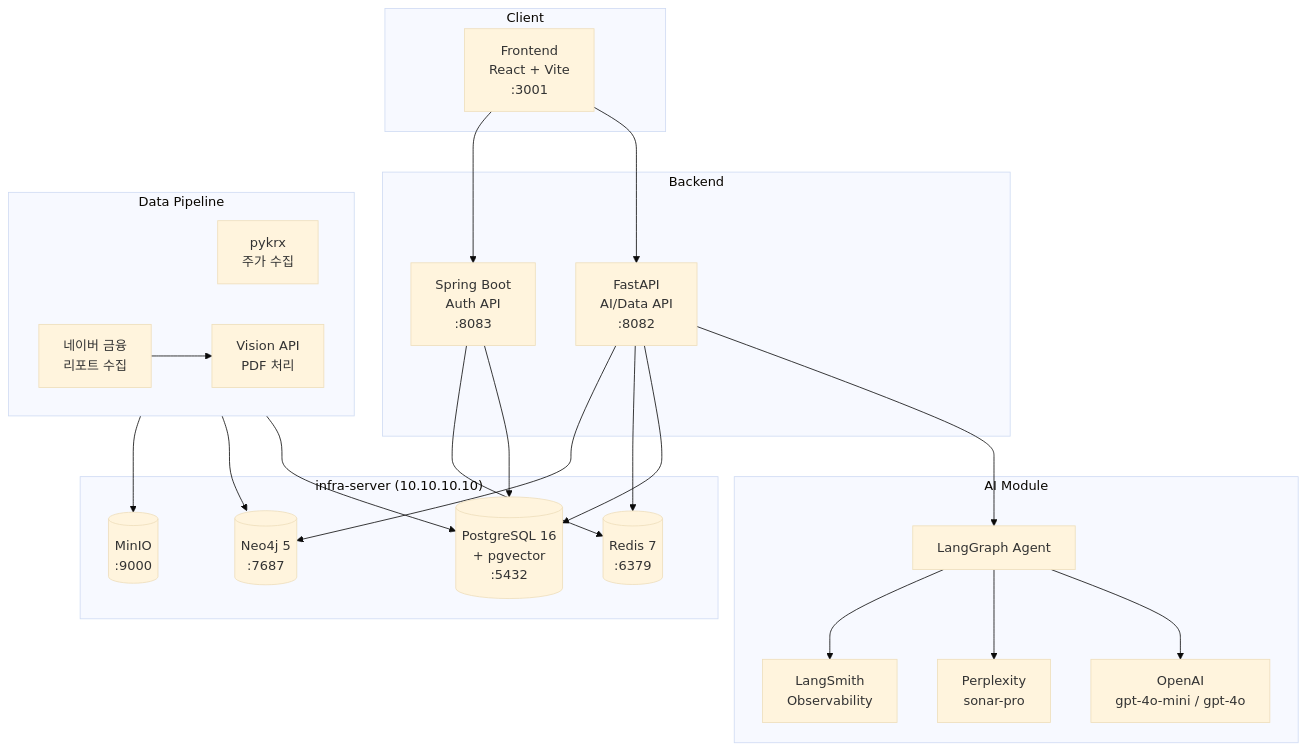
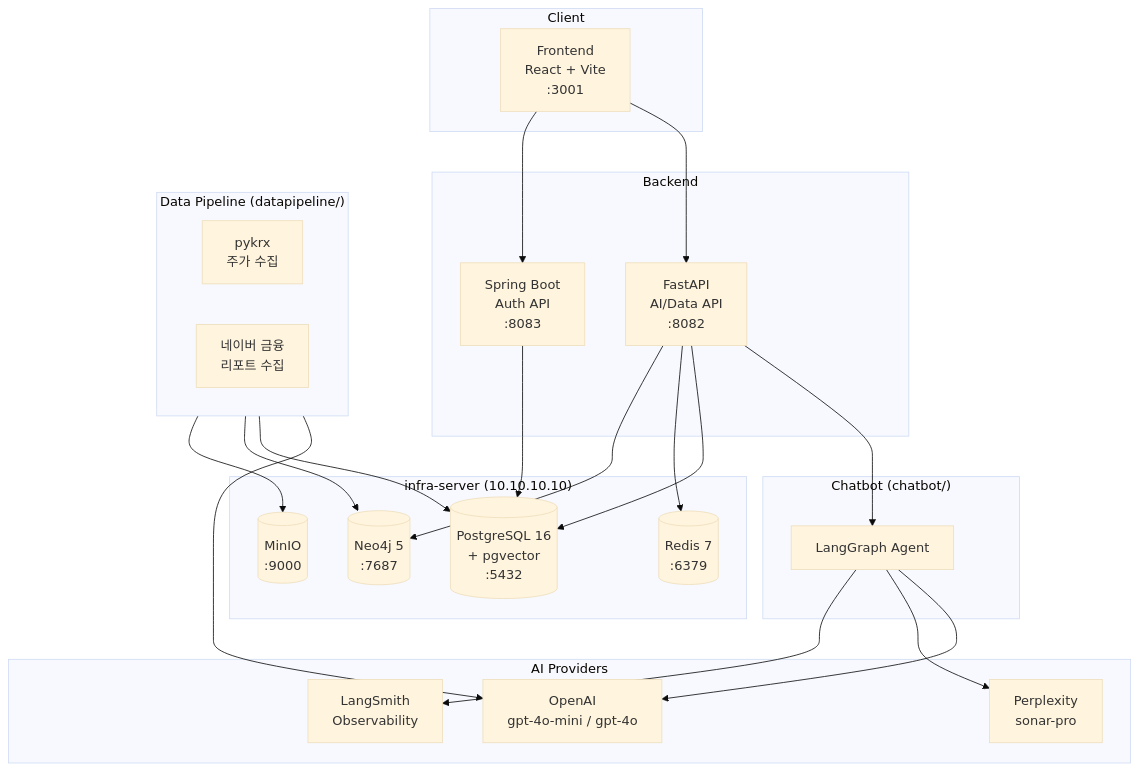
One commit to 404-NFYet/adelie-investment changed the diagram in README.md. Above: the diagram before and after it, drawn with Mermaid (base theme). The commit also changed other lines of this file, not shown here.

Commit message:
docs: README.md 아키텍처 다이어그램 + 팀원 섹션 v12 반영

````diff
--- a/README.md
+++ b/README.md
@@ -14,47 +14,48 @@
 ```mermaid
 graph TB
     subgraph Client
         FE[Frontend<br/>React + Vite<br/>:3001]
     end
 
     subgraph Backend
         FAST[FastAPI<br/>AI/Data API<br/>:8082]
         SPRING[Spring Boot<br/>Auth API<br/>:8083]
     end
 
-    subgraph AI["AI Module"]
+    subgraph Chatbot["Chatbot (chatbot/)"]
         AGENT[LangGraph Agent]
+    end
+
+    subgraph Pipeline["Data Pipeline (datapipeline/)"]
+        PYKRX[pykrx<br/>주가 수집]
+        NAVER[네이버 금융<br/>리포트 수집]
+    end
+
+    subgraph AI["AI Providers"]
         OPENAI[OpenAI<br/>gpt-4o-mini / gpt-4o]
         PPLX[Perplexity<br/>sonar-pro]
         LSMITH[LangSmith<br/>Observability]
-    end
-
-    subgraph Pipeline["Data Pipeline"]
-        PYKRX[pykrx<br/>주가 수집]
-        NAVER[네이버 금융<br/>리포트 수집]
-        VISION[Vision API<br/>PDF 처리]
     end
 
     subgraph Infra["infra-server (10.10.10.10)"]
         PG[(PostgreSQL 16<br/>+ pgvector<br/>:5432)]
         REDIS[(Redis 7<br/>:6379)]
         NEO4J[(Neo4j 5<br/>:7687)]
         MINIO[(MinIO<br/>:9000)]
     end
 
     FE --> FAST
     FE --> SPRING
     FAST --> AGENT
     AGENT --> OPENAI
     AGENT --> PPLX
     AGENT --> LSMITH
     FAST --> PG
     FAST --> REDIS
     FAST --> NEO4J
     SPRING --> PG
-    SPRING --> REDIS
+    Pipeline --> OPENAI
     Pipeline --> PG
     Pipeline --> NEO4J
     Pipeline --> MINIO
-    NAVER --> VISION
 ```
````
